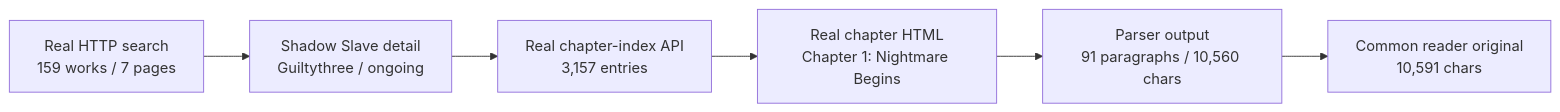
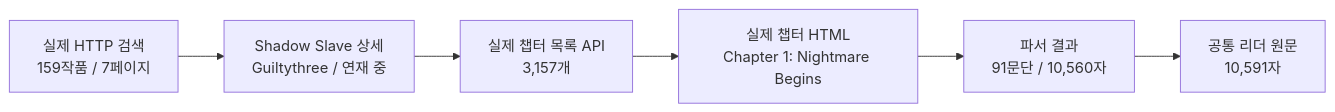
The third of 3 diagrams in docs/WEB_NOVEL_PROVIDER_PLUGINS.md (gongdongho12/PageTuner), drawn with Mermaid before and after one commit. The commit also changed other lines of this file, not shown here.

````diff
--- a/docs/WEB_NOVEL_PROVIDER_PLUGINS.md
+++ b/docs/WEB_NOVEL_PROVIDER_PLUGINS.md
@@ -137,8 +132,8 @@
 ```mermaid
 flowchart LR
-    A["Real HTTP search<br/>159 works / 7 pages"] --> B["Shadow Slave detail<br/>Guiltythree / ongoing"]
-    B --> C["Real chapter-index API<br/>3,157 entries"]
-    C --> D["Real chapter HTML<br/>Chapter 1: Nightmare Begins"]
-    D --> E["Parser output<br/>91 paragraphs / 10,560 chars"]
-    E --> F["Common reader original<br/>10,591 chars"]
+    A["실제 HTTP 검색<br/>159작품 / 7페이지"] --> B["Shadow Slave 상세<br/>Guiltythree / 연재 중"]
+    B --> C["실제 챕터 목록 API<br/>3,157개"]
+    C --> D["실제 챕터 HTML<br/>Chapter 1: Nightmare Begins"]
+    D --> E["파서 결과<br/>91문단 / 10,560자"]
+    E --> F["공통 리더 원문<br/>10,591자"]
 ```
````
